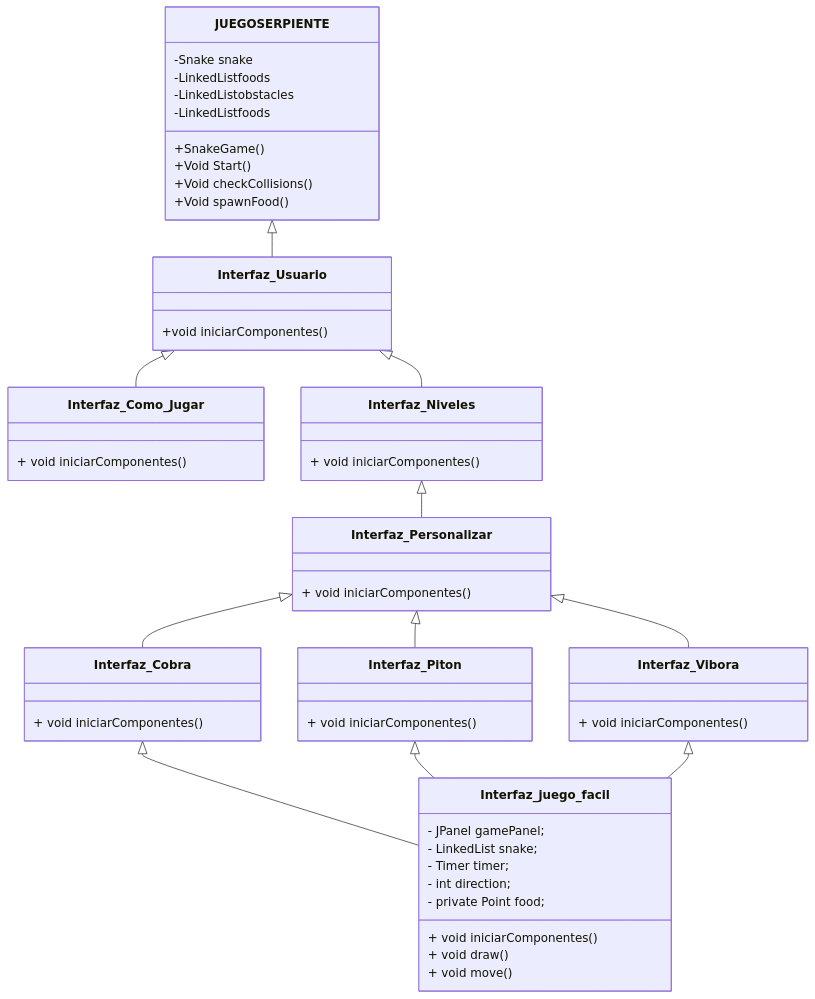
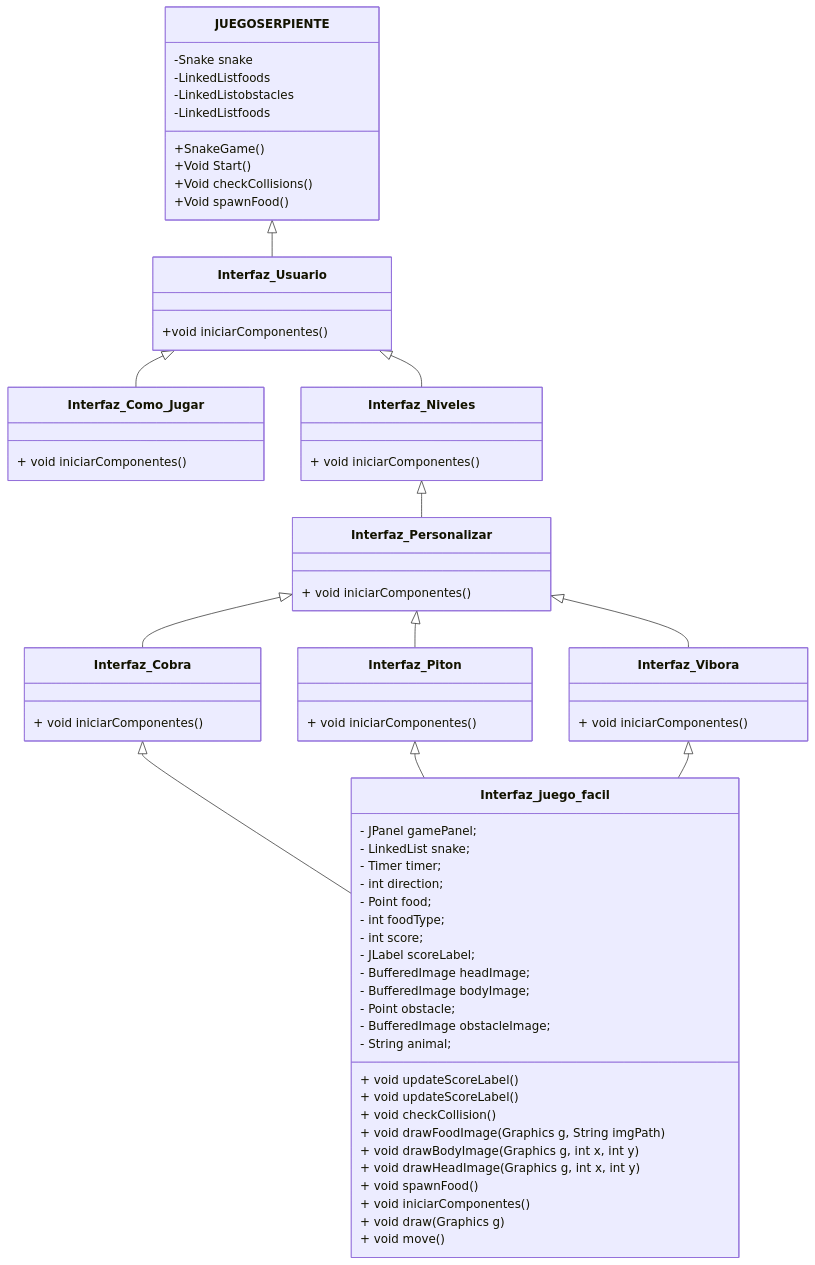
The diagram in README.md (amingom/Juego-SnakeChallenge), drawn with Mermaid before and after one commit.

````diff
--- a/README.md
+++ b/README.md
@@ -64,12 +64,28 @@
 
     class Interfaz_juego_facil{
     - JPanel gamePanel;
-    - LinkedList<Point> snake;
-    - Timer timer;
-    - int direction;
-    - private Point food;
+	- LinkedList<Point> snake;
+	- Timer timer;
+	- int direction;
+	- Point food;
+	- int foodType;
+	- int score; 
+	- JLabel scoreLabel;
+	- BufferedImage headImage;
+	- BufferedImage bodyImage;
+	- Point obstacle;
+	- BufferedImage obstacleImage;
+	- String animal;
+
+    + void updateScoreLabel()
+    + void updateScoreLabel()
+    + void checkCollision()
+    + void drawFoodImage(Graphics g, String imgPath)
+    + void drawBodyImage(Graphics g, int x, int y)
+    + void drawHeadImage(Graphics g, int x, int y)
+    + void spawnFood()
     + void iniciarComponentes()
-    + void draw()
+    + void draw(Graphics g)
     + void move()
 
 
@@ -95,4 +111,6 @@
         + void iniciarComponentes()
      }
 
+
+
 ```
````
